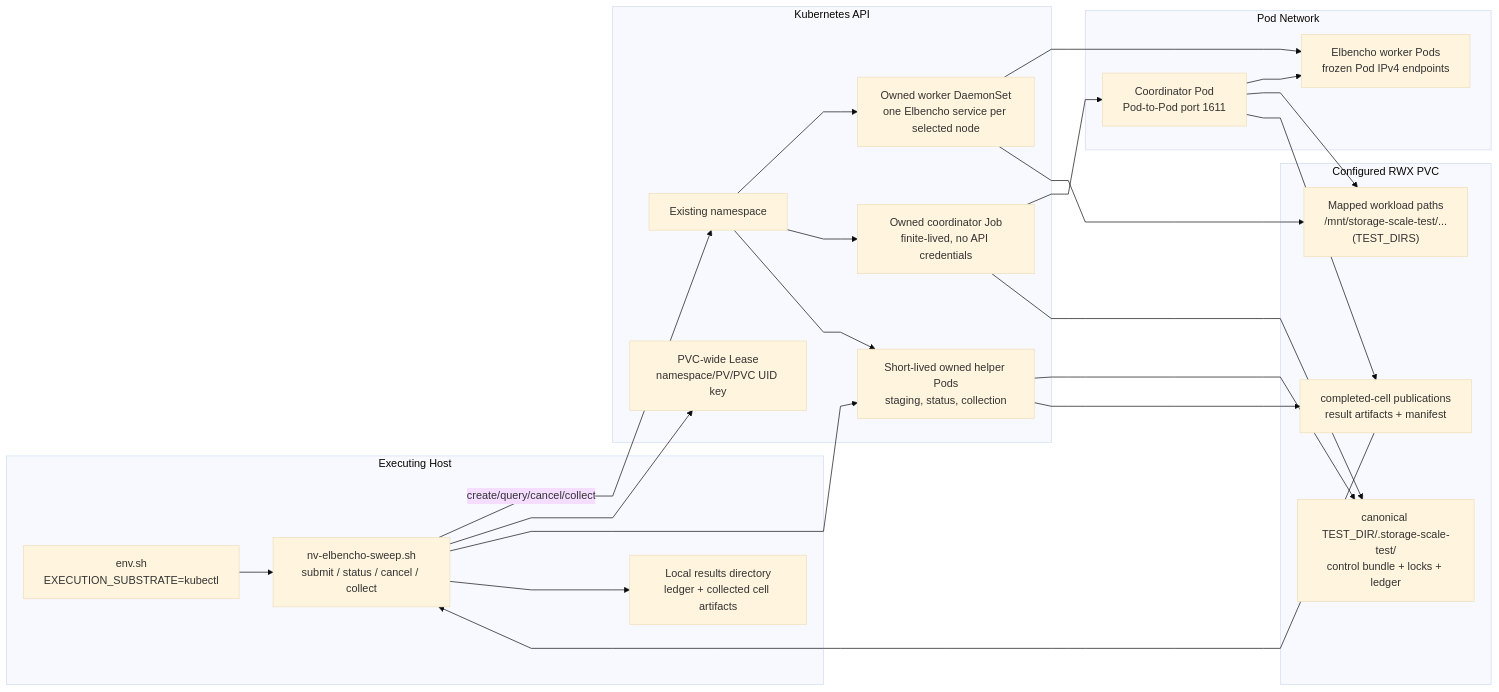
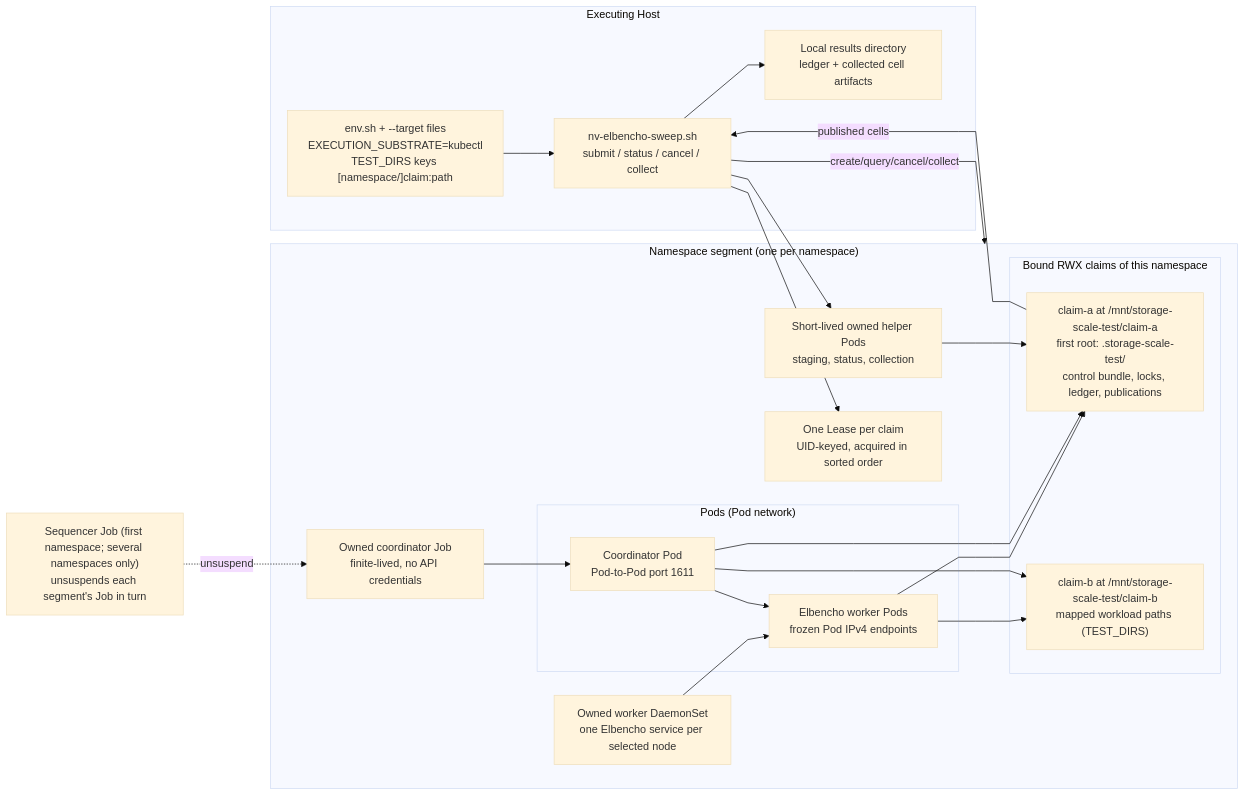
Before and after one commit to NVIDIA/storage-scale-test: the third of 3 diagrams in docs/ARCHITECTURE_DIAGRAMS.md, drawn with Mermaid (base theme). The commit also changed other lines of this file and 71 other files, not shown here.

First line of the commit message:
Test several filesystems: --target files and claim-qualified Kubernetes roots

````diff
--- a/docs/ARCHITECTURE_DIAGRAMS.md
+++ b/docs/ARCHITECTURE_DIAGRAMS.md
@@ -190,46 +198,44 @@
 ```mermaid
 %%{init: {"flowchart": {"curve": "linear"}}}%%
 flowchart LR
   %% Kubernetes mode: submit quickly, then observe or collect asynchronously.
+  %% One segment per namespace; the sequencer exists only across namespaces.
 
   subgraph HOST["Executing Host"]
-    ENV["env.sh<br/>EXECUTION_SUBSTRATE=kubectl"]
+    ENV["env.sh + --target files<br/>EXECUTION_SUBSTRATE=kubectl<br/>TEST_DIRS keys [namespace/]claim:path"]
     CLI["nv-elbencho-sweep.sh<br/>submit / status / cancel / collect"]
     RESULTS["Local results directory<br/>ledger + collected cell artifacts"]
   end
 
-  subgraph API["Kubernetes API"]
-    NS["Existing namespace"]
-    LEASE["PVC-wide Lease<br/>namespace/PV/PVC UID key"]
+  subgraph SEG["Namespace segment (one per namespace)"]
+    LEASE["One Lease per claim<br/>UID-keyed, acquired in sorted order"]
     DS["Owned worker DaemonSet<br/>one Elbencho service per selected node"]
     JOB["Owned coordinator Job<br/>finite-lived, no API credentials"]
     HELP["Short-lived owned helper Pods<br/>staging, status, collection"]
+    subgraph PODS["Pods (Pod network)"]
+      W["Elbencho worker Pods<br/>frozen Pod IPv4 endpoints"]
+      C["Coordinator Pod<br/>Pod-to-Pod port 1611"]
+    end
+    subgraph CLAIMS["Bound RWX claims of this namespace"]
+      CA["claim-a at /mnt/storage-scale-test/claim-a<br/>first root: .storage-scale-test/<br/>control bundle, locks, ledger, publications"]
+      CB["claim-b at /mnt/storage-scale-test/claim-b<br/>mapped workload paths (TEST_DIRS)"]
+    end
   end
 
-  subgraph PVC["Configured RWX PVC"]
-    CONTROL["canonical TEST_DIR/.storage-scale-test/<br/>control bundle + locks + ledger"]
-    PUBLISHED["completed-cell publications<br/>result artifacts + manifest"]
-    DATA["Mapped workload paths<br/>/mnt/storage-scale-test/...<br/>(TEST_DIRS) "]
-  end
-
-  subgraph NET["Pod Network"]
-    W["Elbencho worker Pods<br/>frozen Pod IPv4 endpoints"]
-    C["Coordinator Pod<br/>Pod-to-Pod port 1611"]
-  end
+  SEQ["Sequencer Job (first namespace; several namespaces only)<br/>unsuspends each segment's Job in turn"]
 
   ENV --> CLI
-  CLI -- "create/query/cancel/collect" --> NS
+  CLI -- "create/query/cancel/collect" --> SEG
   CLI --> LEASE
   CLI --> HELP
-  NS --> DS --> W
-  NS --> JOB --> C
-  NS --> HELP
-  DS --> DATA
-  JOB --> CONTROL
+  DS --> W
+  JOB --> C
   C --> W
-  C --> DATA
-  C --> PUBLISHED
-  HELP --> CONTROL
-  HELP --> PUBLISHED
-  PUBLISHED --> CLI --> RESULTS
+  W --> CA
+  W --> CB
+  C --> CA
+  C --> CB
+  HELP --> CA
+  SEQ -. "unsuspend" .-> JOB
+  CA -- "published cells" --> CLI --> RESULTS
 ```
````
